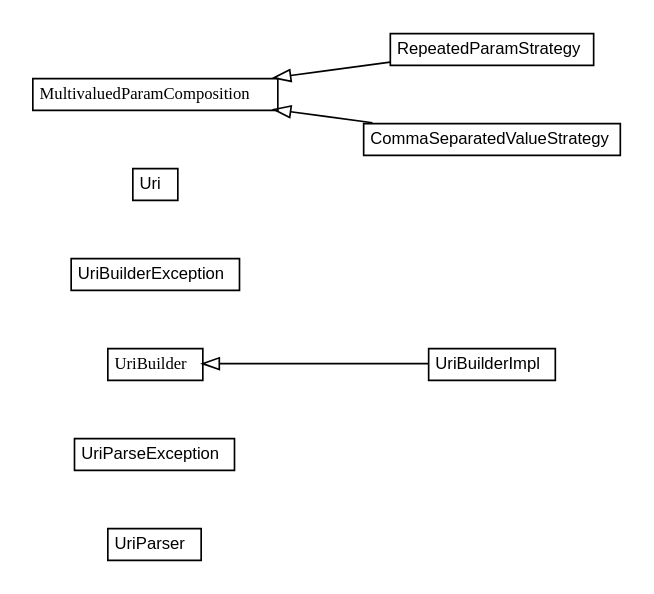
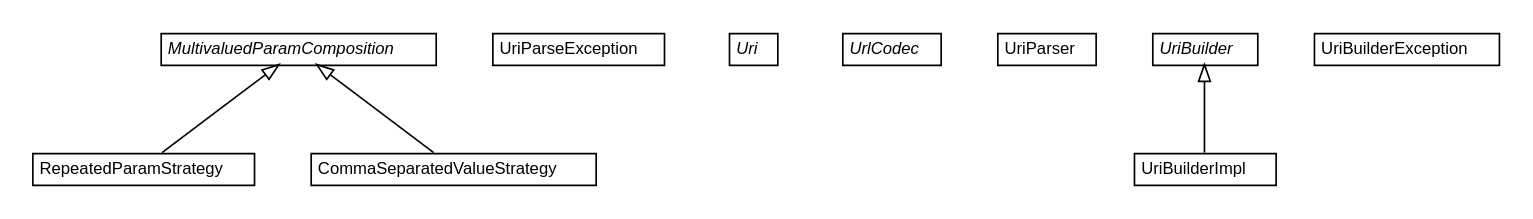
Before and after one commit to reinert/requestor: the diagram in 0.3.0-SNAPSHOT/javadoc/apidocs/io/reinert/requestor/uri/io.reinert.requestor.uri.dot, drawn with Graphviz. The commit also changed 1943 other files, not shown here.

```diff
--- a/0.3.0-SNAPSHOT/javadoc/apidocs/io/reinert/requestor/uri/io.reinert.requestor.uri.dot
+++ b/0.3.0-SNAPSHOT/javadoc/apidocs/io/reinert/requestor/uri/io.reinert.requestor.uri.dot
@@ -1,73 +1,78 @@
 #!/usr/local/bin/dot
 #
 # Class diagram 
 # Generated by UMLGraph version R5_6-24-gf6e263 (http://www.umlgraph.org/)
 #
 
 digraph G {
-	edge [fontname="arial",fontsize=10,labelfontname="arial",labelfontsize=10];
-	node [fontname="arial",fontsize=10,shape=plaintext];
+	edge [fontname="Helvetica",fontsize=10,labelfontname="Helvetica",labelfontsize=10];
+	node [fontname="Helvetica",fontsize=10,shape=plaintext];
 	nodesep=0.25;
 	ranksep=0.5;
-	rankdir=LR;
+	// io.reinert.requestor.uri.MultivaluedParamComposition
+	c460 [label=<<table title="io.reinert.requestor.uri.MultivaluedParamComposition" border="0" cellborder="1" cellspacing="0" cellpadding="2" port="p" href="./MultivaluedParamComposition.html">
+		<tr><td><table border="0" cellspacing="0" cellpadding="1">
+<tr><td align="center" balign="center"><font face="Helvetica-Oblique"> MultivaluedParamComposition </font></td></tr>
+		</table></td></tr>
+		</table>>, URL="./MultivaluedParamComposition.html", fontname="Helvetica", fontcolor="black", fontsize=10.0];
+	// io.reinert.requestor.uri.MultivaluedParamComposition.RepeatedParamStrategy
+	c461 [label=<<table title="io.reinert.requestor.uri.MultivaluedParamComposition.RepeatedParamStrategy" border="0" cellborder="1" cellspacing="0" cellpadding="2" port="p" href="./MultivaluedParamComposition.RepeatedParamStrategy.html">
+		<tr><td><table border="0" cellspacing="0" cellpadding="1">
+<tr><td align="center" balign="center"> RepeatedParamStrategy </td></tr>
+		</table></td></tr>
+		</table>>, URL="./MultivaluedParamComposition.RepeatedParamStrategy.html", fontname="Helvetica", fontcolor="black", fontsize=10.0];
+	// io.reinert.requestor.uri.MultivaluedParamComposition.CommaSeparatedValueStrategy
+	c462 [label=<<table title="io.reinert.requestor.uri.MultivaluedParamComposition.CommaSeparatedValueStrategy" border="0" cellborder="1" cellspacing="0" cellpadding="2" port="p" href="./MultivaluedParamComposition.CommaSeparatedValueStrategy.html">
+		<tr><td><table border="0" cellspacing="0" cellpadding="1">
+<tr><td align="center" balign="center"> CommaSeparatedValueStrategy </td></tr>
+		</table></td></tr>
+		</table>>, URL="./MultivaluedParamComposition.CommaSeparatedValueStrategy.html", fontname="Helvetica", fontcolor="black", fontsize=10.0];
+	// io.reinert.requestor.uri.UriParseException
+	c463 [label=<<table title="io.reinert.requestor.uri.UriParseException" border="0" cellborder="1" cellspacing="0" cellpadding="2" port="p" href="./UriParseException.html">
+		<tr><td><table border="0" cellspacing="0" cellpadding="1">
+<tr><td align="center" balign="center"> UriParseException </td></tr>
+		</table></td></tr>
+		</table>>, URL="./UriParseException.html", fontname="Helvetica", fontcolor="black", fontsize=10.0];
+	// io.reinert.requestor.uri.Uri
+	c464 [label=<<table title="io.reinert.requestor.uri.Uri" border="0" cellborder="1" cellspacing="0" cellpadding="2" port="p" href="./Uri.html">
+		<tr><td><table border="0" cellspacing="0" cellpadding="1">
+<tr><td align="center" balign="center"><font face="Helvetica-Oblique"> Uri </font></td></tr>
+		</table></td></tr>
+		</table>>, URL="./Uri.html", fontname="Helvetica", fontcolor="black", fontsize=10.0];
+	// io.reinert.requestor.uri.UrlCodec
+	c465 [label=<<table title="io.reinert.requestor.uri.UrlCodec" border="0" cellborder="1" cellspacing="0" cellpadding="2" port="p" href="./UrlCodec.html">
+		<tr><td><table border="0" cellspacing="0" cellpadding="1">
+<tr><td align="center" balign="center"><font face="Helvetica-Oblique"> UrlCodec </font></td></tr>
+		</table></td></tr>
+		</table>>, URL="./UrlCodec.html", fontname="Helvetica", fontcolor="black", fontsize=10.0];
 	// io.reinert.requestor.uri.UriParser
-	c1329 [label=<<table title="io.reinert.requestor.uri.UriParser" border="0" cellborder="1" cellspacing="0" cellpadding="2" port="p" href="./UriParser.html">
+	c466 [label=<<table title="io.reinert.requestor.uri.UriParser" border="0" cellborder="1" cellspacing="0" cellpadding="2" port="p" href="./UriParser.html">
 		<tr><td><table border="0" cellspacing="0" cellpadding="1">
 <tr><td align="center" balign="center"> UriParser </td></tr>
 		</table></td></tr>
-		</table>>, URL="./UriParser.html", fontname="arial", fontcolor="black", fontsize=10.0];
-	// io.reinert.requestor.uri.UriParseException
-	c1330 [label=<<table title="io.reinert.requestor.uri.UriParseException" border="0" cellborder="1" cellspacing="0" cellpadding="2" port="p" href="./UriParseException.html">
-		<tr><td><table border="0" cellspacing="0" cellpadding="1">
-<tr><td align="center" balign="center"> UriParseException </td></tr>
-		</table></td></tr>
-		</table>>, URL="./UriParseException.html", fontname="arial", fontcolor="black", fontsize=10.0];
+		</table>>, URL="./UriParser.html", fontname="Helvetica", fontcolor="black", fontsize=10.0];
 	// io.reinert.requestor.uri.UriBuilderImpl
-	c1331 [label=<<table title="io.reinert.requestor.uri.UriBuilderImpl" border="0" cellborder="1" cellspacing="0" cellpadding="2" port="p" href="./UriBuilderImpl.html">
+	c467 [label=<<table title="io.reinert.requestor.uri.UriBuilderImpl" border="0" cellborder="1" cellspacing="0" cellpadding="2" port="p" href="./UriBuilderImpl.html">
 		<tr><td><table border="0" cellspacing="0" cellpadding="1">
 <tr><td align="center" balign="center"> UriBuilderImpl </td></tr>
 		</table></td></tr>
-		</table>>, URL="./UriBuilderImpl.html", fontname="arial", fontcolor="black", fontsize=10.0];
+		</table>>, URL="./UriBuilderImpl.html", fontname="Helvetica", fontcolor="black", fontsize=10.0];
 	// io.reinert.requestor.uri.UriBuilderException
-	c1332 [label=<<table title="io.reinert.requestor.uri.UriBuilderException" border="0" cellborder="1" cellspacing="0" cellpadding="2" port="p" href="./UriBuilderException.html">
+	c468 [label=<<table title="io.reinert.requestor.uri.UriBuilderException" border="0" cellborder="1" cellspacing="0" cellpadding="2" port="p" href="./UriBuilderException.html">
 		<tr><td><table border="0" cellspacing="0" cellpadding="1">
 <tr><td align="center" balign="center"> UriBuilderException </td></tr>
 		</table></td></tr>
-		</table>>, URL="./UriBuilderException.html", fontname="arial", fontcolor="black", fontsize=10.0];
+		</table>>, URL="./UriBuilderException.html", fontname="Helvetica", fontcolor="black", fontsize=10.0];
 	// io.reinert.requestor.uri.UriBuilder
-	c1333 [label=<<table title="io.reinert.requestor.uri.UriBuilder" border="0" cellborder="1" cellspacing="0" cellpadding="2" port="p" href="./UriBuilder.html">
+	c469 [label=<<table title="io.reinert.requestor.uri.UriBuilder" border="0" cellborder="1" cellspacing="0" cellpadding="2" port="p" href="./UriBuilder.html">
 		<tr><td><table border="0" cellspacing="0" cellpadding="1">
-<tr><td align="center" balign="center"><font face="arial italic"> UriBuilder </font></td></tr>
+<tr><td align="center" balign="center"><font face="Helvetica-Oblique"> UriBuilder </font></td></tr>
 		</table></td></tr>
-		</table>>, URL="./UriBuilder.html", fontname="arial", fontcolor="black", fontsize=10.0];
-	// io.reinert.requestor.uri.Uri
-	c1334 [label=<<table title="io.reinert.requestor.uri.Uri" border="0" cellborder="1" cellspacing="0" cellpadding="2" port="p" href="./Uri.html">
-		<tr><td><table border="0" cellspacing="0" cellpadding="1">
-<tr><td align="center" balign="center"> Uri </td></tr>
-		</table></td></tr>
-		</table>>, URL="./Uri.html", fontname="arial", fontcolor="black", fontsize=10.0];
-	// io.reinert.requestor.uri.MultivaluedParamComposition
-	c1335 [label=<<table title="io.reinert.requestor.uri.MultivaluedParamComposition" border="0" cellborder="1" cellspacing="0" cellpadding="2" port="p" href="./MultivaluedParamComposition.html">
-		<tr><td><table border="0" cellspacing="0" cellpadding="1">
-<tr><td align="center" balign="center"><font face="arial italic"> MultivaluedParamComposition </font></td></tr>
-		</table></td></tr>
-		</table>>, URL="./MultivaluedParamComposition.html", fontname="arial", fontcolor="black", fontsize=10.0];
-	// io.reinert.requestor.uri.MultivaluedParamComposition.RepeatedParamStrategy
-	c1336 [label=<<table title="io.reinert.requestor.uri.MultivaluedParamComposition.RepeatedParamStrategy" border="0" cellborder="1" cellspacing="0" cellpadding="2" port="p" href="./MultivaluedParamComposition.RepeatedParamStrategy.html">
-		<tr><td><table border="0" cellspacing="0" cellpadding="1">
-<tr><td align="center" balign="center"> RepeatedParamStrategy </td></tr>
-		</table></td></tr>
-		</table>>, URL="./MultivaluedParamComposition.RepeatedParamStrategy.html", fontname="arial", fontcolor="black", fontsize=10.0];
-	// io.reinert.requestor.uri.MultivaluedParamComposition.CommaSeparatedValueStrategy
-	c1337 [label=<<table title="io.reinert.requestor.uri.MultivaluedParamComposition.CommaSeparatedValueStrategy" border="0" cellborder="1" cellspacing="0" cellpadding="2" port="p" href="./MultivaluedParamComposition.CommaSeparatedValueStrategy.html">
-		<tr><td><table border="0" cellspacing="0" cellpadding="1">
-<tr><td align="center" balign="center"> CommaSeparatedValueStrategy </td></tr>
-		</table></td></tr>
-		</table>>, URL="./MultivaluedParamComposition.CommaSeparatedValueStrategy.html", fontname="arial", fontcolor="black", fontsize=10.0];
+		</table>>, URL="./UriBuilder.html", fontname="Helvetica", fontcolor="black", fontsize=10.0];
+	//io.reinert.requestor.uri.MultivaluedParamComposition.RepeatedParamStrategy extends io.reinert.requestor.uri.MultivaluedParamComposition
+	c460:p -> c461:p [dir=back,arrowtail=empty];
+	//io.reinert.requestor.uri.MultivaluedParamComposition.CommaSeparatedValueStrategy extends io.reinert.requestor.uri.MultivaluedParamComposition
+	c460:p -> c462:p [dir=back,arrowtail=empty];
 	//io.reinert.requestor.uri.UriBuilderImpl extends io.reinert.requestor.uri.UriBuilder
-	c1333:p -> c1331:p [dir=back,arrowtail=empty];
-	//io.reinert.requestor.uri.MultivaluedParamComposition.RepeatedParamStrategy extends io.reinert.requestor.uri.MultivaluedParamComposition
-	c1335:p -> c1336:p [dir=back,arrowtail=empty];
-	//io.reinert.requestor.uri.MultivaluedParamComposition.CommaSeparatedValueStrategy extends io.reinert.requestor.uri.MultivaluedParamComposition
-	c1335:p -> c1337:p [dir=back,arrowtail=empty];
+	c469:p -> c467:p [dir=back,arrowtail=empty];
 }
```
